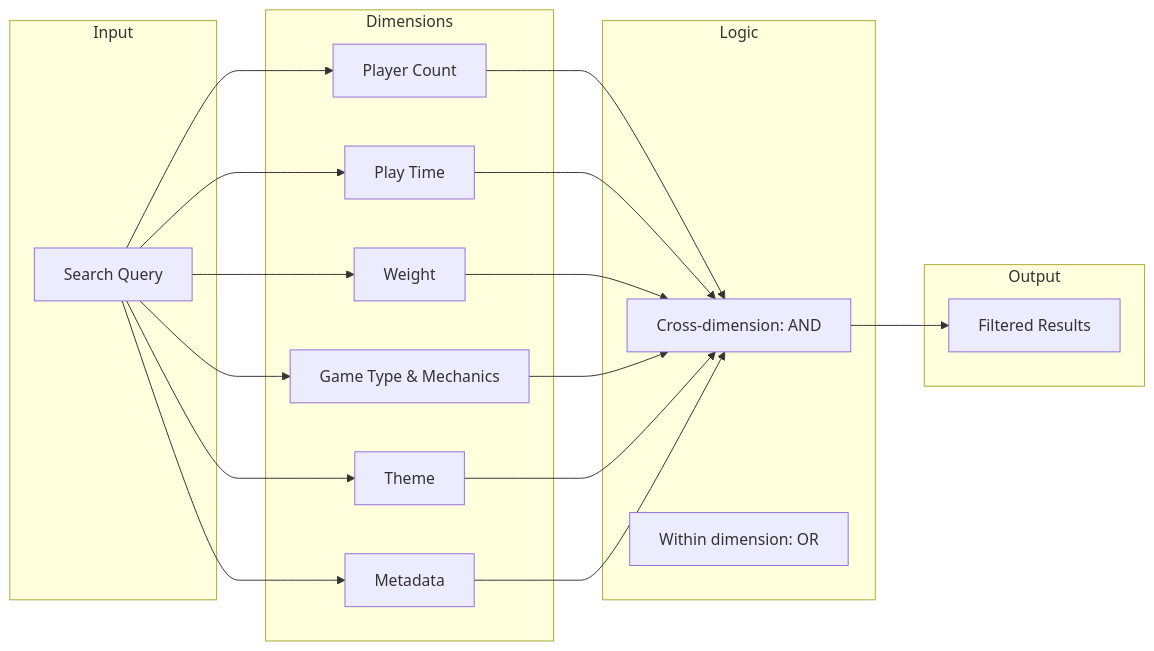
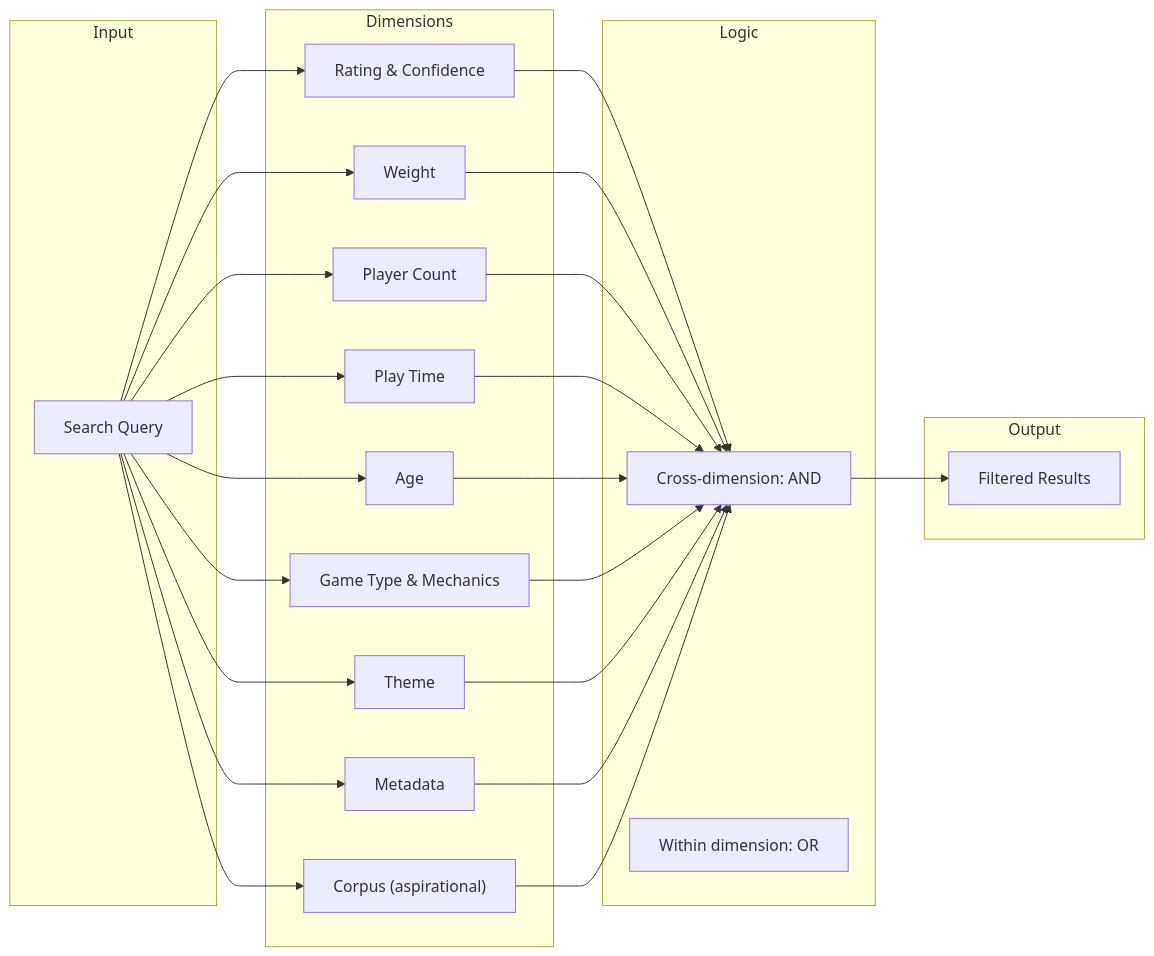
The diagram in docs/src/pillars/filtering/overview.md (tabletop-commons/OpenTabletop), drawn with Mermaid before and after one commit. The commit also changed other lines of this file and 100 other files, not shown here.

````diff
--- a/docs/src/pillars/filtering/overview.md
+++ b/docs/src/pillars/filtering/overview.md
@@ -21,40 +21,49 @@
 ```mermaid
 flowchart LR
     subgraph Input
         Q["Search Query"]
     end
 
     subgraph Dimensions
-        D1["Player Count"]
-        D2["Play Time"]
-        D3["Weight"]
-        D4["Game Type & Mechanics"]
-        D5["Theme"]
-        D6["Metadata"]
+        D1["Rating & Confidence"]
+        D2["Weight"]
+        D3["Player Count"]
+        D4["Play Time"]
+        D5["Age"]
+        D6["Game Type & Mechanics"]
+        D7["Theme"]
+        D8["Metadata"]
+        D9["Corpus (aspirational)"]
     end
 
     subgraph Logic
         AND["Cross-dimension: AND"]
         OR["Within dimension: OR"]
     end
 
     subgraph Output
         R["Filtered Results"]
     end
 
     Q --> D1
     Q --> D2
     Q --> D3
     Q --> D4
     Q --> D5
     Q --> D6
+    Q --> D7
+    Q --> D8
+    Q --> D9
 
     D1 --> AND
     D2 --> AND
     D3 --> AND
     D4 --> AND
     D5 --> AND
     D6 --> AND
+    D7 --> AND
+    D8 --> AND
+    D9 --> AND
 
     AND --> R
 ```
````
